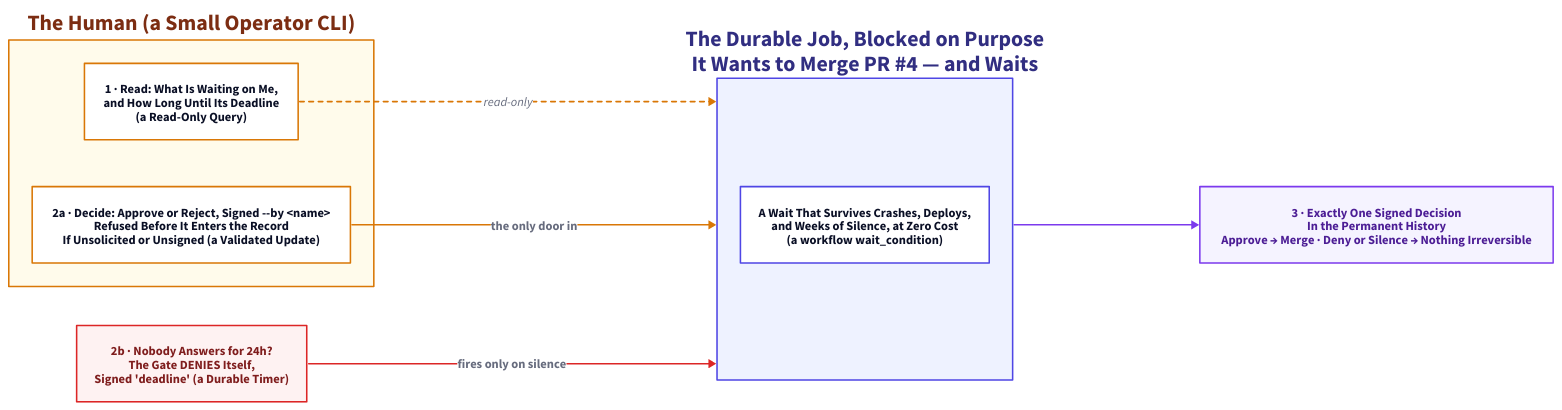
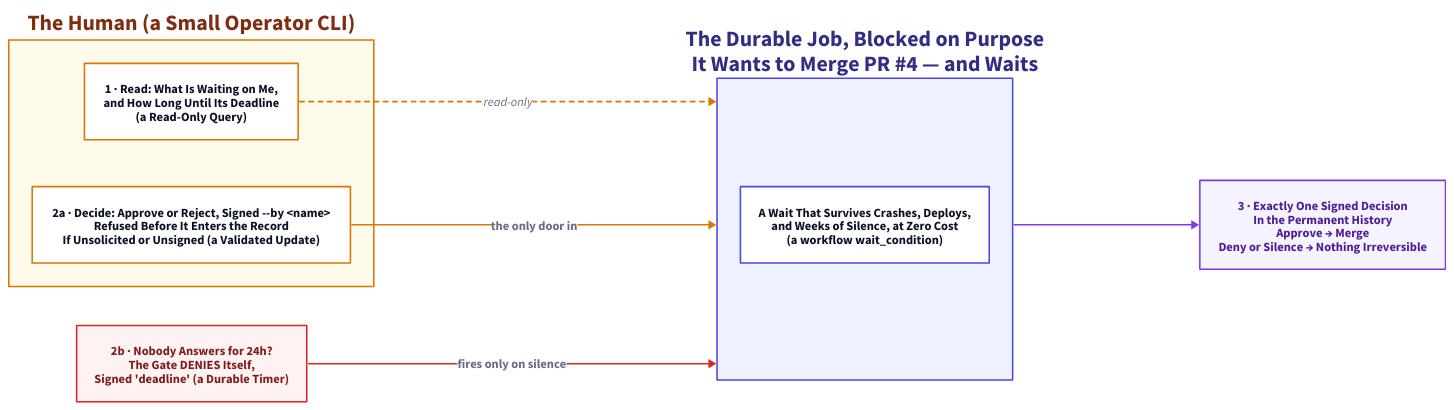
Before and after one commit to thumarrushik/crash-proof-team-of-coding-agents: the diagram in assets/diagram-src/human-gate.d2, drawn with D2. The commit also changed 11 other files, not shown here.

Commit message:
Review sweep: three diagram overlaps fixed, boundary-method figures attributed honestly, economics footnote wording corrected, two duplicated passages reworded

```diff
--- a/assets/diagram-src/human-gate.d2
+++ b/assets/diagram-src/human-gate.d2
@@ -1,34 +1,34 @@
 # The human gate, human-first: either a name or the clock decides,
 # and both leave exactly one signed decision in the permanent record.
 direction: right
 horizontal-gap: 110
 
 wf: "The Durable Job, Blocked on Purpose\nIt Wants to Merge PR #4 — and Waits" {
   style: {fill: "#eef2ff"; stroke: "#4f46e5"; font-color: "#312e81"; bold: true}
   wait: "A Wait That Survives Crashes, Deploys,\nand Weeks of Silence, at Zero Cost\n(a workflow wait_condition)" {
     style: {fill: "#ffffff"; stroke: "#4f46e5"}
   }
 }
 
 human: "The Human (a Small Operator CLI)" {
   style: {fill: "#fffbeb"; stroke: "#d97706"; font-color: "#7c2d12"; bold: true}
   inbox: "1 · Read: What Is Waiting on Me,\nand How Long Until Its Deadline\n(a Read-Only Query)" {
     style: {fill: "#ffffff"; stroke: "#d97706"}
   }
   decide: "2a · Decide: Approve or Reject, Signed --by <name>\nRefused Before It Enters the Record\nIf Unsolicited or Unsigned (a Validated Update)" {
     style: {fill: "#ffffff"; stroke: "#d97706"}
   }
 }
 
 deadline: "2b · Nobody Answers for 24h?\nThe Gate DENIES Itself,\nSigned 'deadline' (a Durable Timer)" {
   style: {fill: "#fef2f2"; stroke: "#dc2626"; font-color: "#7f1d1d"; bold: true}
 }
 
-outcome: "3 · Exactly One Signed Decision\nIn the Permanent History\nApprove → Merge · Deny or Silence → Nothing Irreversible" {
+outcome: "3 · Exactly One Signed Decision\nIn the Permanent History\nApprove → Merge\nDeny or Silence → Nothing Irreversible" {
   style: {fill: "#f5f3ff"; stroke: "#7c3aed"; font-color: "#4c1d95"; bold: true}
 }
 
 human.inbox -> wf: "read-only" {style: {stroke-dash: 3; stroke: "#d97706"}}
 human.decide -> wf: "the only door in" {style: {stroke: "#d97706"; bold: true}}
 deadline -> wf: "fires only on silence" {style: {stroke: "#dc2626"; bold: true}}
 wf -> outcome: "" {style: {stroke: "#7c3aed"; bold: true}}
```
